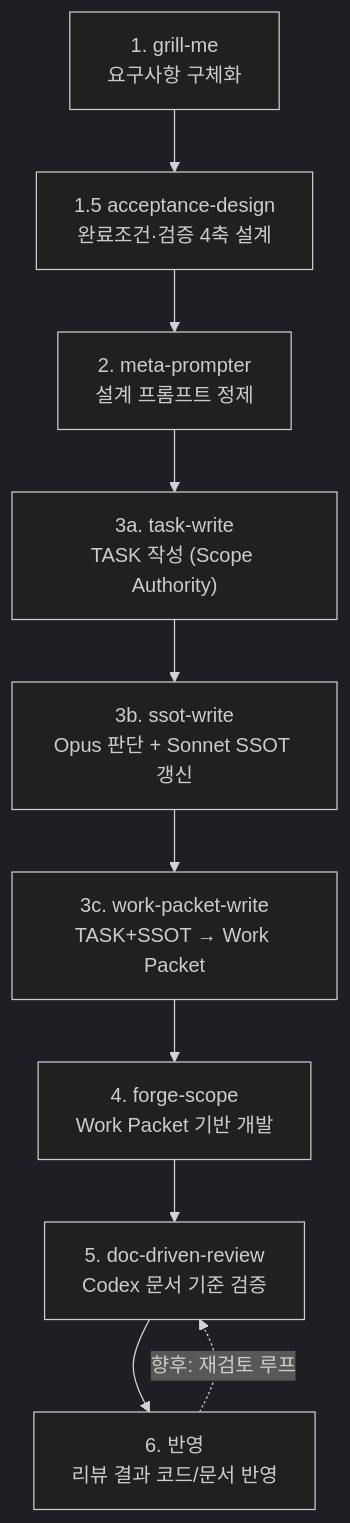
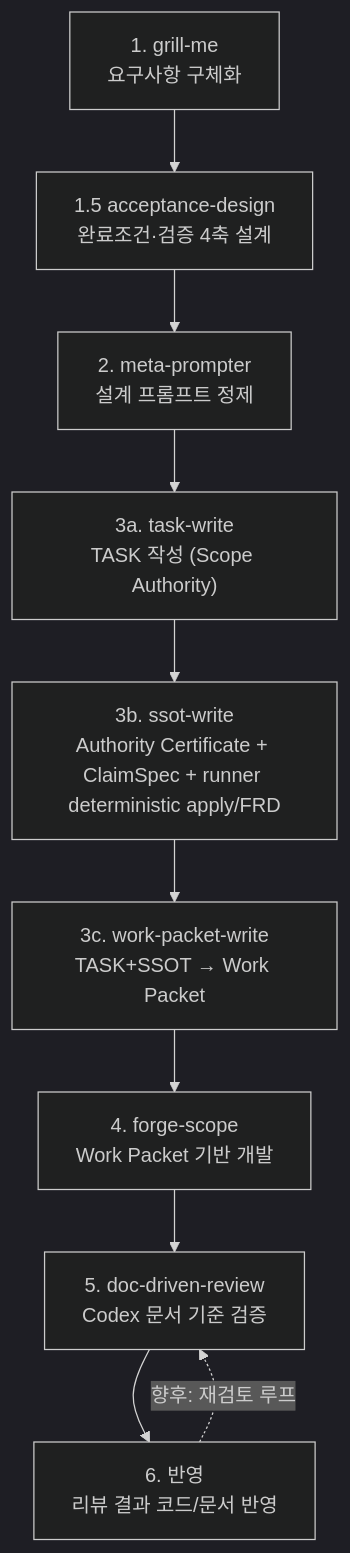
Before and after one commit to JaeCheon8587/Claudecode-For-Me: the diagram in docs/DEVELOPMENT_PIPELINE.md, drawn with Mermaid (dark theme). The commit also changed other lines of this file and 51 other files, not shown here.

Commit message:
feat(ssot-write): Contract v8 runner 도입 (plugin v3.25.0)

````diff
--- a/docs/DEVELOPMENT_PIPELINE.md
+++ b/docs/DEVELOPMENT_PIPELINE.md
@@ -30,12 +41,12 @@
 ```mermaid
 flowchart TD
     A["1. grill-me<br/>요구사항 구체화"] --> A2["1.5 acceptance-design<br/>완료조건·검증 4축 설계"]
     A2 --> B["2. meta-prompter<br/>설계 프롬프트 정제"]
     B --> C1["3a. task-write<br/>TASK 작성 (Scope Authority)"]
-    C1 --> C2["3b. ssot-write<br/>Opus 판단 + Sonnet SSOT 갱신"]
+    C1 --> C2["3b. ssot-write<br/>Authority Certificate + ClaimSpec + runner deterministic apply/FRD"]
     C2 --> C3["3c. work-packet-write<br/>TASK+SSOT → Work Packet"]
     C3 --> F["4. forge-scope<br/>Work Packet 기반 개발"]
     F --> G["5. doc-driven-review<br/>Codex 문서 기준 검증"]
     G --> H["6. 반영<br/>리뷰 결과 코드/문서 반영"]
     H -.->|향후: 재검토 루프| G
 ```
````
